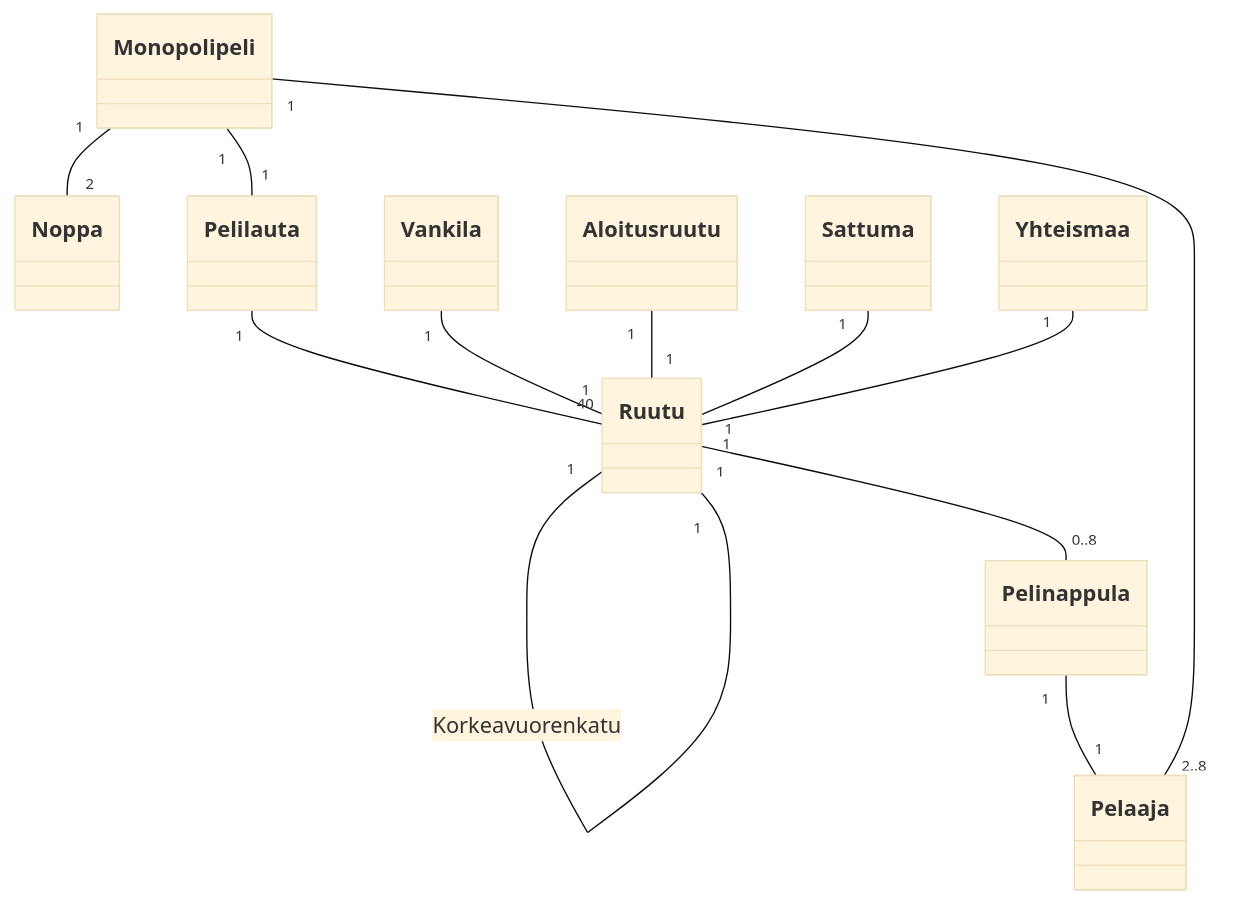
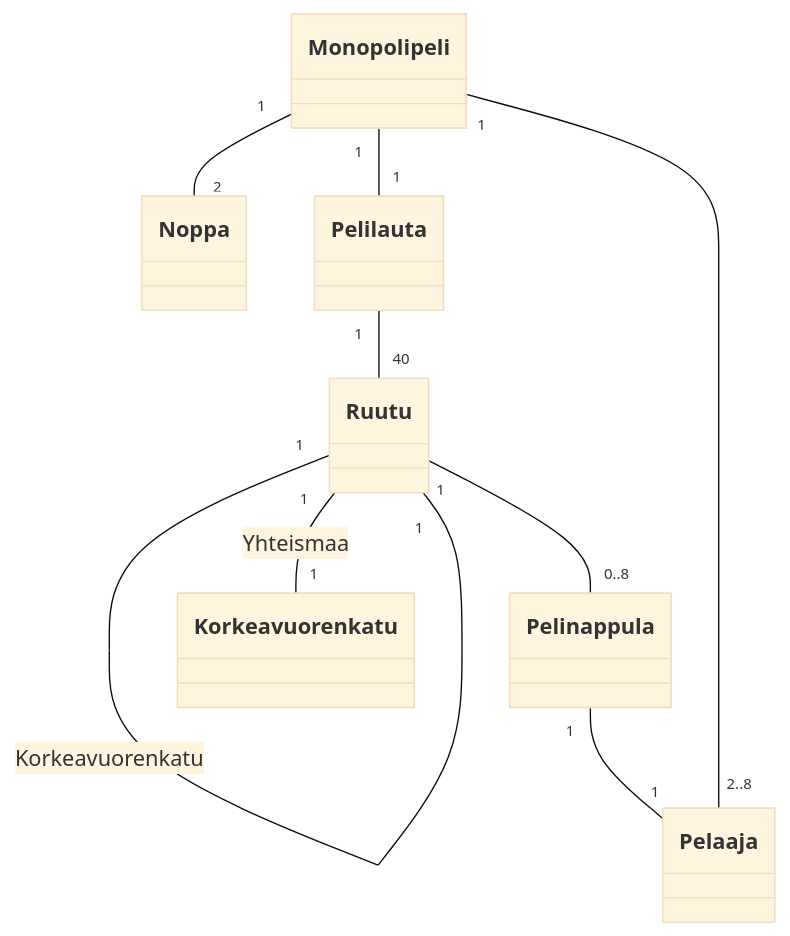
The diagram in laskarit/viikko3/monopoli.md (karvakasa/ot-harjoitustyo), drawn with Mermaid (base theme) before and after one commit.

Commit message:
monopoly.md

````diff
--- a/laskarit/viikko3/monopoli.md
+++ b/laskarit/viikko3/monopoli.md
@@ -3,15 +3,11 @@
 ```mermaid
  classDiagram
     Monopolipeli "1" -- "2" Noppa
     Monopolipeli "1" -- "1" Pelilauta
     Pelilauta "1" -- "40" Ruutu
     Ruutu "1" -- "1" Ruutu : Korkeavuorenkatu
     Ruutu "1" -- "0..8" Pelinappula
     Pelinappula "1" -- "1" Pelaaja
     Pelaaja "2..8" -- "1" Monopolipeli
-    Vankila "1" -- "1" Ruutu
-    Aloitusruutu "1" -- "1" Ruutu
-    Sattuma "1" -- "1" Ruutu
-    Yhteismaa "1" -- "1" Ruutu
-
+    Ruutu "1" -- "1" Korkeavuorenkatu : Yhteismaa
 ```
````
